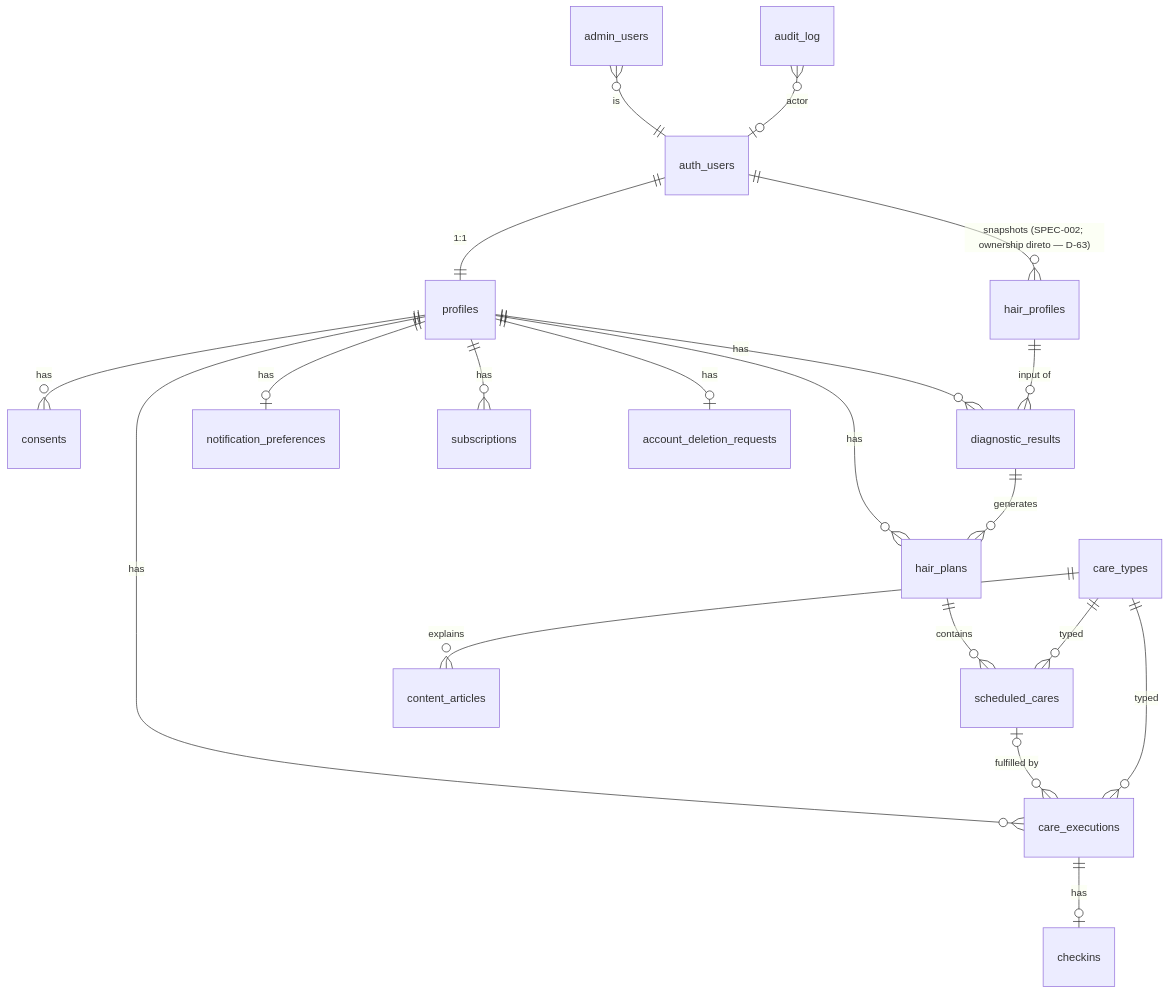
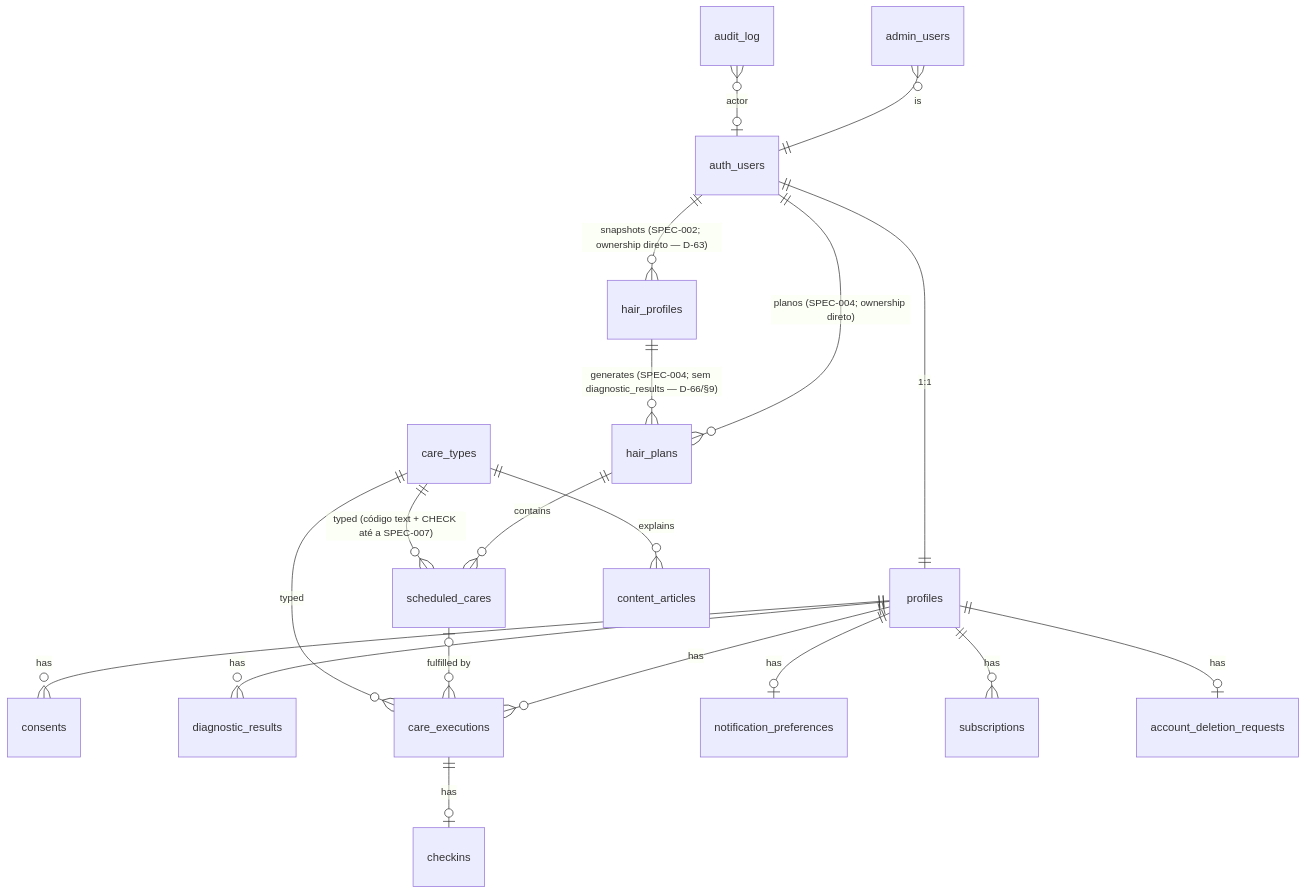
Before and after one commit to gabrielfmorais/Aplicativo-Sass: the diagram in docs/architecture/DATA-MODEL.md, drawn with Mermaid. The commit also changed other lines of this file and 6 other files, not shown here.

````diff
--- a/docs/architecture/DATA-MODEL.md
+++ b/docs/architecture/DATA-MODEL.md
@@ -31,22 +31,21 @@
 ```mermaid
 erDiagram
     auth_users ||--|| profiles : "1:1"
     profiles ||--o{ consents : has
     auth_users ||--o{ hair_profiles : "snapshots (SPEC-002; ownership direto — D-63)"
+    auth_users ||--o{ hair_plans : "planos (SPEC-004; ownership direto)"
     profiles ||--o{ diagnostic_results : has
-    profiles ||--o{ hair_plans : has
     profiles ||--o{ care_executions : has
     profiles ||--o| notification_preferences : has
     profiles ||--o{ subscriptions : has
     profiles ||--o| account_deletion_requests : has
-    hair_profiles ||--o{ diagnostic_results : "input of"
-    diagnostic_results ||--o{ hair_plans : "generates"
+    hair_profiles ||--o{ hair_plans : "generates (SPEC-004; sem diagnostic_results — D-66/§9)"
     hair_plans ||--o{ scheduled_cares : contains
     scheduled_cares o|--o{ care_executions : "fulfilled by"
     care_executions ||--o| checkins : has
-    care_types ||--o{ scheduled_cares : typed
+    care_types ||--o{ scheduled_cares : "typed (código text + CHECK até a SPEC-007)"
     care_types ||--o{ care_executions : typed
     care_types ||--o{ content_articles : explains
     admin_users }o--|| auth_users : is
     audit_log }o--o| auth_users : actor
 ```
````
